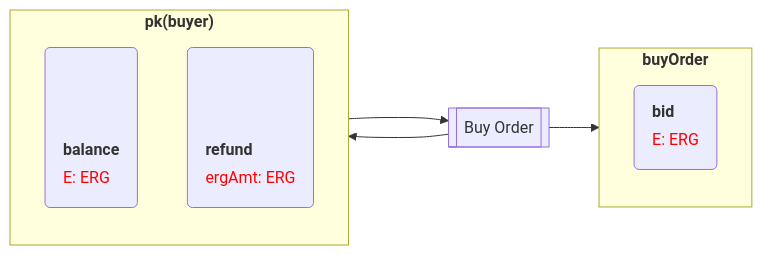
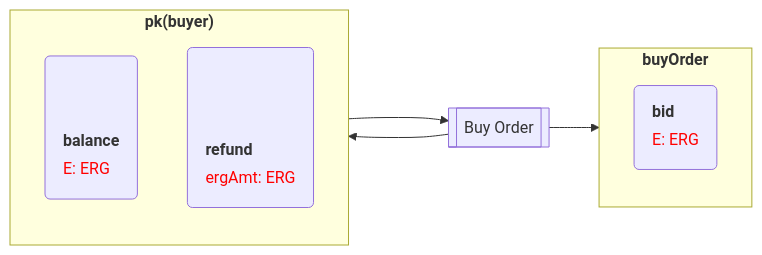
The first of 3 diagrams in ergoscript/example-contracts/dex-flowcard.md (RalfWeiss/ergo-course-summary), drawn with Mermaid before and after one commit.

Commit message:
playing with margin-top

````diff
--- a/ergoscript/example-contracts/dex-flowcard.md
+++ b/ergoscript/example-contracts/dex-flowcard.md
@@ -10,43 +10,43 @@
 ```mermaid
 flowchart LR
 
   %% Guard pkBuyer
   subgraph pkBuyer["<b>pk(buyer)</b>"]
     direction TB
 
     %% the margin-top reduction is only necessary for VSCode not for Github
-    %% balance("<table style='text-align:left; margin-top: -9ex; margin-bottom: 0;' > 
-    balance("<table style='text-align:left; margin-bottom: 0;' > 
+    balance("<table style='text-align:left; margin-top: -2ex; margin-bottom: 0;' > 
+    %% balance("<table style='text-align:left; margin-bottom: 0;' > 
       <tr><th '><b>balance</b></th></tr> 
       <tr><td style='color:red'>E: ERG</td></tr> 
       </table>  ")
 
     %% adjust margin-top: lines = 4; margin-top -9ex --> (lines-1) * 3 ex
     %% refund("<table style='text-align:left; margin-top: -9ex; margin-bottom: 0;' > 
     refund("<table style='text-align:left; margin-bottom: 0;' > 
       <tr><th '><b>refund</b></th></tr> 
       <tr><td style='color:red'>ergAmt: ERG</td></tr> 
       </table>  ")
 
   end
 
   TBo[["Buy Order"]]
 
   %% Guard buyOrder
   subgraph buyOrder["<b>buyOrder</b>"]
     direction TB
 
     %% adjust margin-top: lines = 4; margin-top -9ex --> (lines-1) * 3 ex
     bid("<table style='text-align:left; margin-top: -9ex; margin-bottom: 0;' > 
       <tr><th '><b>bid</b></th></tr> 
       <tr><td style='color:red'>E: ERG</td></tr> 
       </table>  ")
 
   end
 
 
   balance ---> TBo
   TBo --> bid
   TBo --> refund
 
 ```
````
